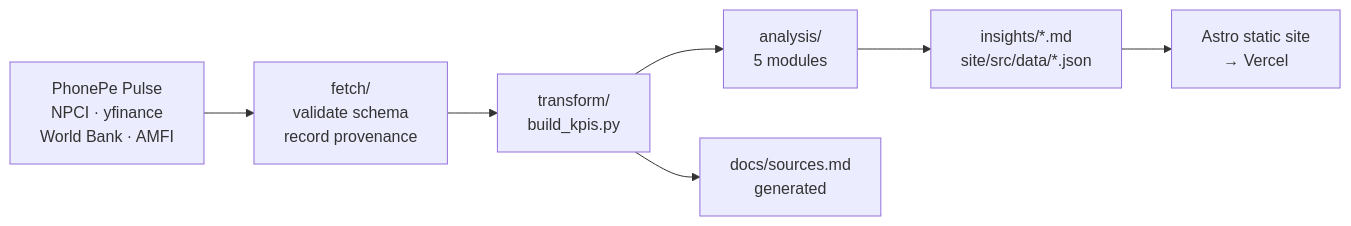
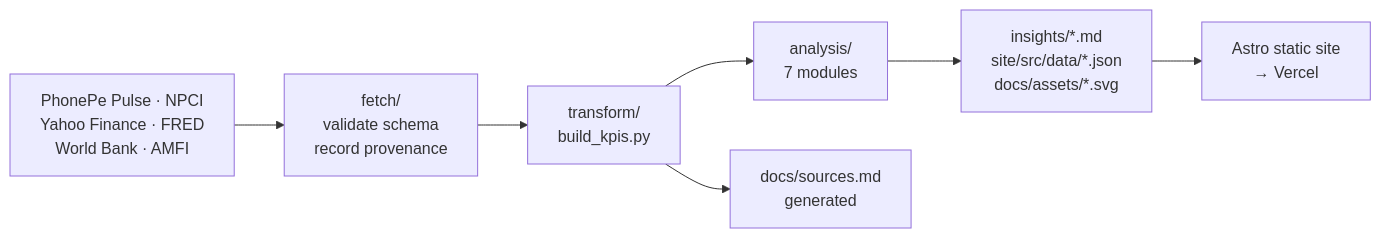
Before and after one commit to DogInfantry/india-fs-pulse: the diagram in README.md, drawn with Mermaid. The commit also changed other lines of this file and 17 other files, not shown here.

````diff
--- a/README.md
+++ b/README.md
@@ -54,9 +165,9 @@
 ```mermaid
 flowchart LR
-  A["PhonePe Pulse<br/>NPCI · yfinance<br/>World Bank · AMFI"] --> B["fetch/<br/>validate schema<br/>record provenance"]
+  A["PhonePe Pulse · NPCI<br/>Yahoo Finance · FRED<br/>World Bank · AMFI"] --> B["fetch/<br/>validate schema<br/>record provenance"]
   B --> C["transform/<br/>build_kpis.py"]
-  C --> D["analysis/<br/>5 modules"]
-  D --> E["insights/*.md<br/>site/src/data/*.json"]
+  C --> D["analysis/<br/>7 modules"]
+  D --> E["insights/*.md<br/>site/src/data/*.json<br/>docs/assets/*.svg"]
   E --> F["Astro static site<br/>→ Vercel"]
   C --> G["docs/sources.md<br/>generated"]
 ```
````
